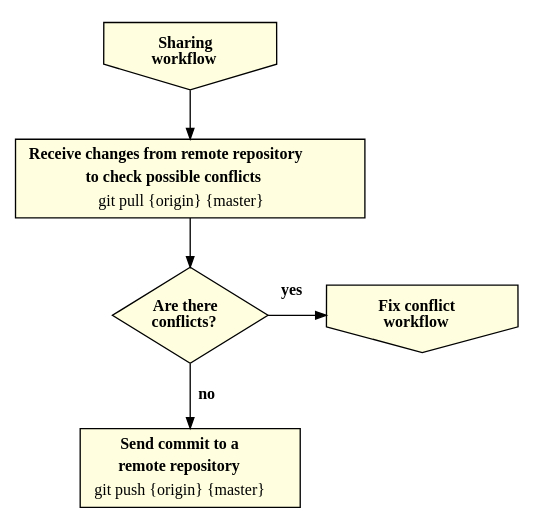
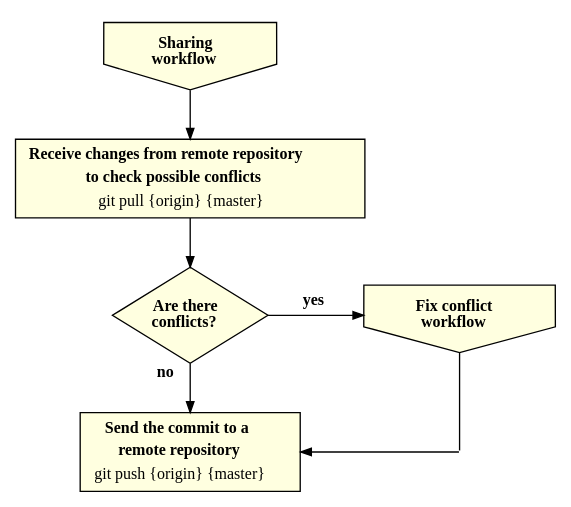
Before and after one commit to fabriciofx/gitflowchart: the diagram in flowchart/sharing-workflow.gv, drawn with Graphviz. The commit also changed 1 other file, not shown here.

Commit message:
fix conflict workflow -> git push

```diff
--- a/flowchart/sharing-workflow.gv
+++ b/flowchart/sharing-workflow.gv
@@ -1,66 +1,82 @@
 digraph sharingworkflow {
     splines = line;
 
     edge [
         arrowsize = 0.8,
         fontname = "Verdana",
         fontsize = 12
     ]
 
     node [
         shape = rect,
         style = filled,
         fillcolor = lightyellow,
         fontname = "Verdana",
         fontsize = 12
     ]
 
+    // dot
+    dot [
+        shape = point,
+        style = invis,
+        width = 0
+    ]
+
+    // dot [group = g2]
+
     // workflow
     sharing_workflow [
         shape = invhouse,
-        label = <<b>Sharing<br/>workflow</b>>
+        label = <<b>Sharing<br/>workflow</b>>,
+        group = g1
     ]
     fix_conflicts_workflow [
         shape = invhouse,
         label = <<b>Fix conflict<br/>workflow</b>>
     ]
 
     // decisions
     are_there_conflicts [
         shape = diamond,
         label = <<b>Are there<br/>conflicts?</b>>,
-        height = 1
+        height = 1,
+        group = g1
     ]
 
     // commands
     git_pull [
         label = <
             <table border="0" cellborder="0" cellspacing="0">
             <tr><td><b>Receive changes from remote repository</b></td></tr>
             <tr><td><b>to check possible conflicts</b></td></tr>
             <tr><td>git pull {origin} {master}</td></tr>
             </table>
-        >
+        >,
+        group = g1
     ]
     git_push [
         label = <
             <table border="0" cellborder="0" cellspacing="0">
-            <tr><td><b>Send commit to a</b></td></tr>
+            <tr><td><b>Send the commit to a</b></td></tr>
             <tr><td><b>remote repository</b></td></tr>
             <tr><td>git push {origin} {master}</td></tr>
             </table>
-        >
+        >,
+        group = g1
     ]
 
     // relations
     sharing_workflow -> git_pull
     git_pull -> are_there_conflicts
-    are_there_conflicts -> git_push [label = <<b>   no</b>>]
-    are_there_conflicts:e -> fix_conflicts_workflow [
-        label = <<b>yes  </b>>,
-        constraint = false
+    are_there_conflicts -> git_push [xlabel = <<b>no   </b>>]
+    are_there_conflicts -> fix_conflicts_workflow [
+        label = <<b>yes</b>>,
+        minlen = 2
     ]
+    fix_conflicts_workflow -> dot [ dir = none]
+    dot -> git_push [ constraint = false]
 
     // put are_there_conflicts and fix_conflicts_workflow in the same row
     { rank = same; are_there_conflicts; fix_conflicts_workflow; }
+    { rank = same; git_push; dot; }
 }
```
